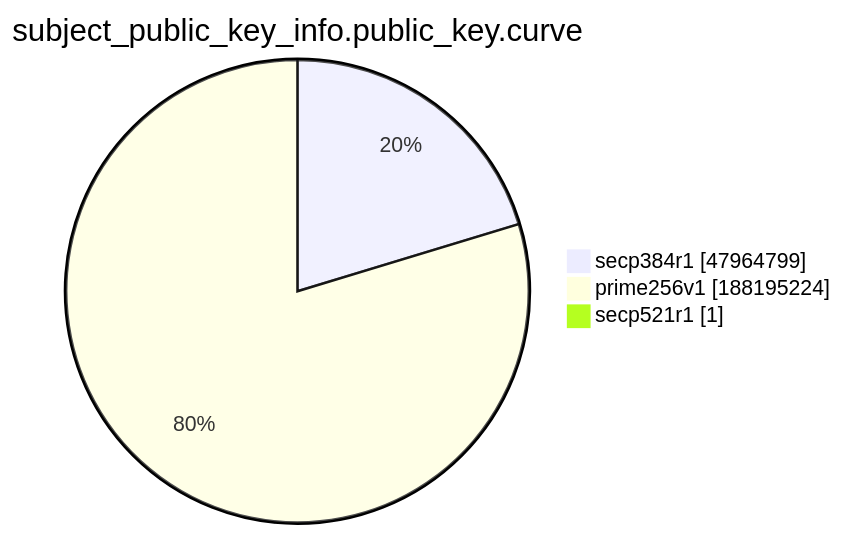
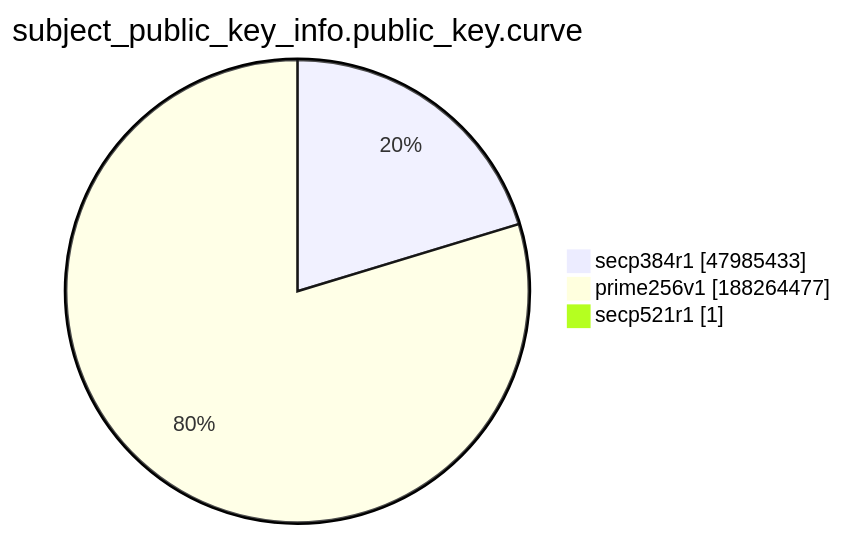
The ninth of 15 diagrams in xenon2022/README.md (christiankrug/ctmonitor_visualization), drawn with Mermaid before and after one commit. The commit also changed other lines of this file, not shown here.

````diff
--- a/xenon2022/README.md
+++ b/xenon2022/README.md
@@ -2874,7 +2874,7 @@
 ```mermaid
 pie showData
 title subject_public_key_info.public_key.curve
-"secp384r1" :47964799
-"prime256v1" :188195224
+"secp384r1" :47985433
+"prime256v1" :188264477
 "secp521r1" :1
 ```
````
